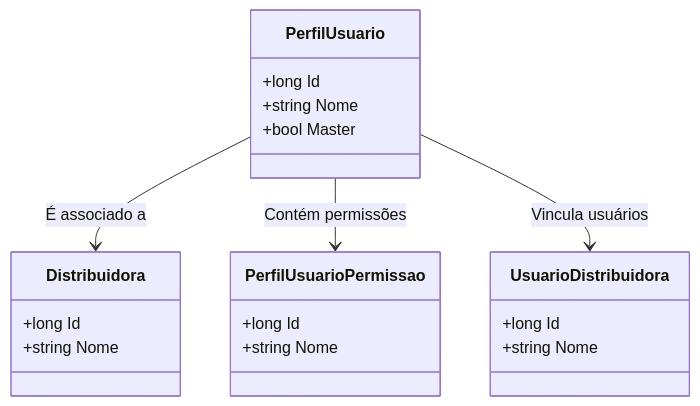
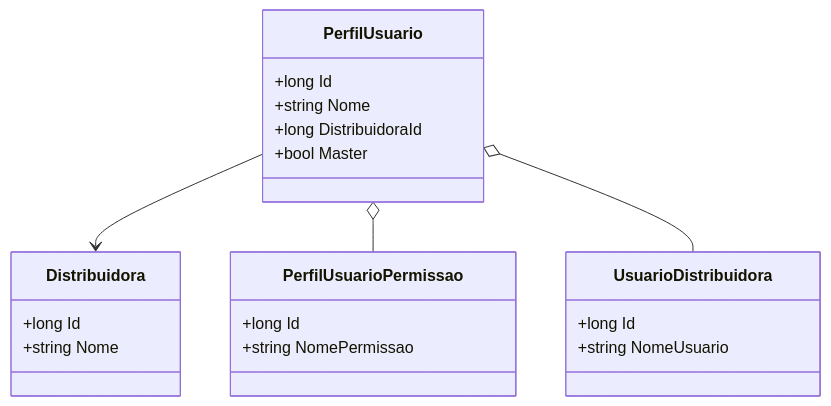
Before and after one commit to IsthmusSistemas/documentacao-tecnica: the diagram in docs/b2b-dominio/IsthmusWinthor.Nucleo/IsthmusWinthor.Dominio/Entidades/PerfilUsuario.md, drawn with Mermaid. The commit also changed other lines of this file and 882 other files, not shown here.

````diff
--- a/docs/b2b-dominio/IsthmusWinthor.Nucleo/IsthmusWinthor.Dominio/Entidades/PerfilUsuario.md
+++ b/docs/b2b-dominio/IsthmusWinthor.Nucleo/IsthmusWinthor.Dominio/Entidades/PerfilUsuario.md
@@ -23,27 +23,28 @@
 ```mermaid
 classDiagram
-  class PerfilUsuario {
-    +long Id
-    +string Nome
-    +bool Master
-  }
+    class PerfilUsuario {
+        +long Id
+        +string Nome
+        +long DistribuidoraId
+        +bool Master
+    }
 
-  class Distribuidora {
-    +long Id
-    +string Nome
-  }
+    class Distribuidora {
+        +long Id
+        +string Nome
+    }
 
-  class PerfilUsuarioPermissao {
-    +long Id
-    +string Nome
-  }
+    class PerfilUsuarioPermissao {
+        +long Id
+        +string NomePermissao
+    }
 
-  class UsuarioDistribuidora {
-    +long Id
-    +string Nome
-  }
+    class UsuarioDistribuidora {
+        +long Id
+        +string NomeUsuario
+    }
 
-  PerfilUsuario --> Distribuidora : É associado a
-  PerfilUsuario --> PerfilUsuarioPermissao : Contém permissões
-  PerfilUsuario --> UsuarioDistribuidora : Vincula usuários
+    PerfilUsuario --> Distribuidora
+    PerfilUsuario o-- PerfilUsuarioPermissao
+    PerfilUsuario o-- UsuarioDistribuidora
 ```
````
